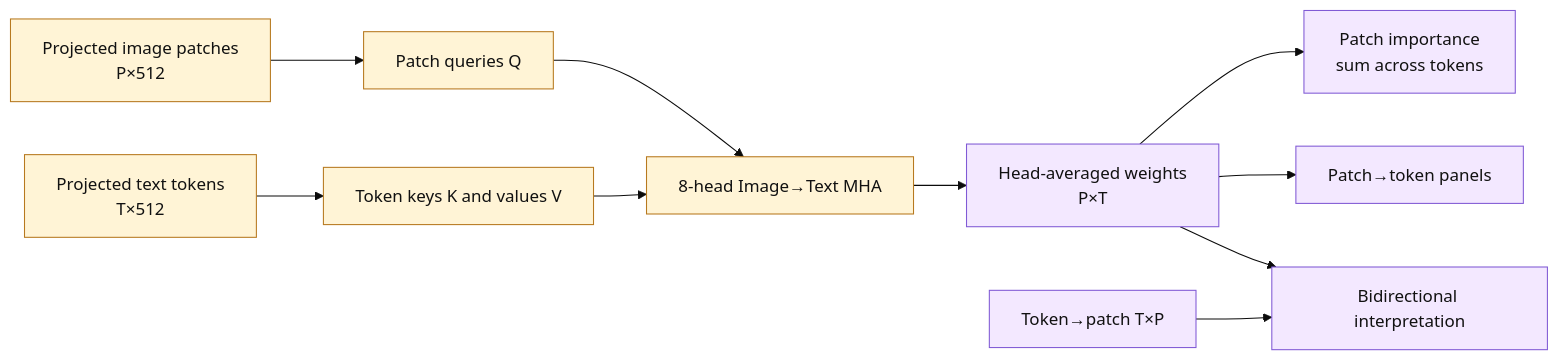
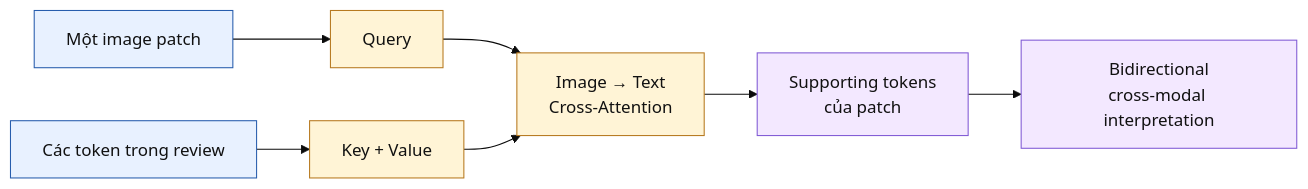
One commit to lechihoang/SE365 changed the sixth of 11 diagrams in xAI_AIagent_presentation_proposal.md. Above: the diagram before and after it, drawn with Mermaid (base theme). The commit also changed other lines of this file, not shown here.

Commit message:
v2 proposal of xai+ ai Agent

````diff
--- a/xAI_AIagent_presentation_proposal.md
+++ b/xAI_AIagent_presentation_proposal.md
@@ -287,17 +323,16 @@
 ```mermaid
 flowchart LR
-    PAT["Projected image patches<br/>P×512"] --> QP["Patch queries Q"]
-    TOK["Projected text tokens<br/>T×512"] --> KVT["Token keys K and values V"]
-    QP --> MHA["8-head Image→Text MHA"]
-    KVT --> MHA
-    MHA --> P2T["Head-averaged weights<br/>P×T"]
-    P2T --> PI["Patch importance<br/>sum across tokens"]
-    P2T --> PT["Patch→token panels"]
-    T2I["Token→patch T×P"] --> BI["Bidirectional interpretation"]
-    P2T --> BI
+    REG["Một image patch"] --> Q["Query"]
+    TOK["Các token trong review"] --> KV["Key + Value"]
+    Q --> CA["Image → Text<br/>Cross-Attention"]
+    KV --> CA
+    CA --> WORDS["Supporting tokens<br/>của patch"]
+    WORDS --> BI["Bidirectional<br/>cross-modal interpretation"]
 
+    classDef input fill:#E8F1FF,stroke:#275DAD,color:#111;
     classDef model fill:#FFF4D6,stroke:#B7791F,color:#111;
     classDef xai fill:#F3E8FF,stroke:#805AD5,color:#111;
-    class PAT,TOK,QP,KVT,MHA model;
-    class P2T,PI,PT,T2I,BI xai;
+    class REG,TOK input;
+    class Q,KV,CA model;
+    class WORDS,BI xai;
 ```
````
